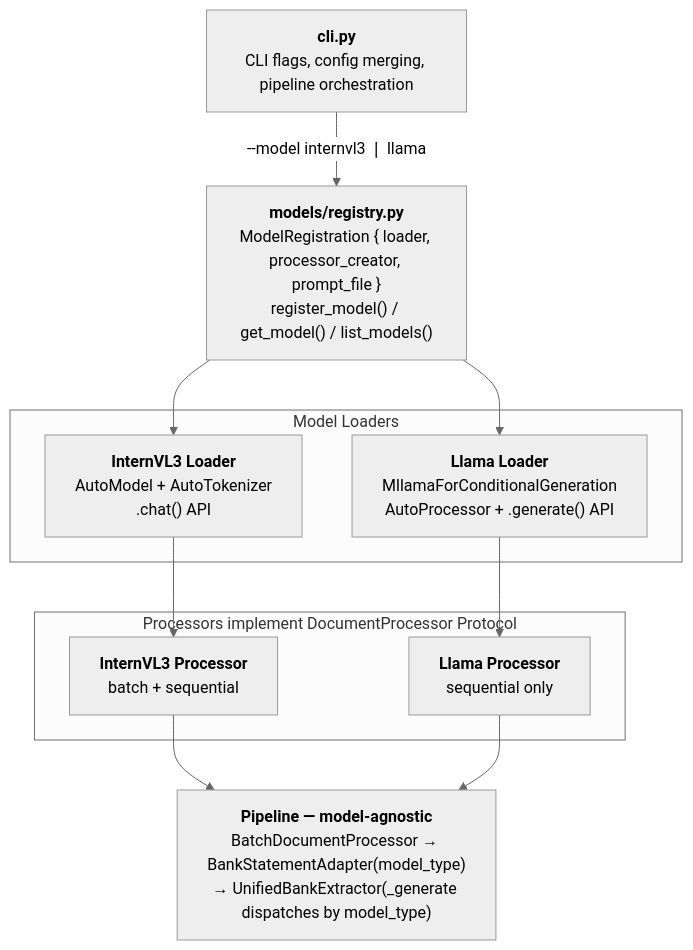
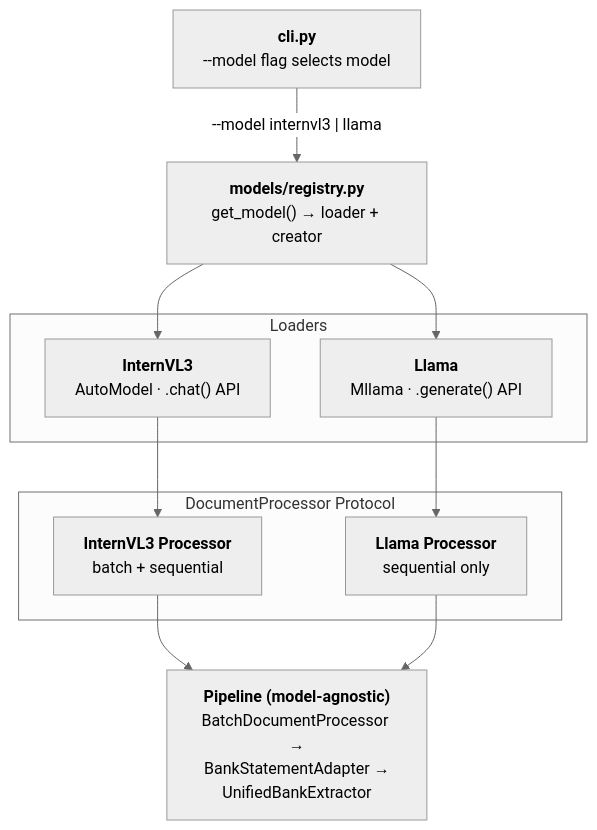
The first of 4 diagrams in README.md (tmnestor/LMM_POC), drawn with Mermaid (neutral theme) before and after one commit. The commit also changed other lines of this file, not shown here.

Commit message:
feat: Update architecture diagrams in README for improved clarity and model loader descriptions

````diff
--- a/README.md
+++ b/README.md
@@ -16,28 +16,28 @@
 ```mermaid
 graph TD
-    CLI["<b>cli.py</b><br/>CLI flags, config merging, pipeline orchestration"]
-    REG["<b>models/registry.py</b><br/>ModelRegistration { loader, processor_creator, prompt_file }<br/>register_model() / get_model() / list_models()"]
+    CLI["<b>cli.py</b><br/>--model flag selects model"]
+    REG["<b>models/registry.py</b><br/>get_model() → loader + creator"]
 
-    CLI -->|"--model internvl3 ❘ llama"| REG
+    CLI -->|"--model internvl3 | llama"| REG
 
-    subgraph Model Loaders
-        IVL_LOAD["<b>InternVL3 Loader</b><br/>AutoModel + AutoTokenizer<br/>.chat() API"]
-        LLAMA_LOAD["<b>Llama Loader</b><br/>MllamaForConditionalGeneration<br/>AutoProcessor + .generate() API"]
+    subgraph Loaders
+        IVL_LOAD["<b>InternVL3</b><br/>AutoModel · .chat() API"]
+        LLAMA_LOAD["<b>Llama</b><br/>Mllama · .generate() API"]
     end
 
     REG --> IVL_LOAD
     REG --> LLAMA_LOAD
 
-    subgraph Processors implement DocumentProcessor Protocol
+    subgraph DocumentProcessor Protocol
         IVL_PROC["<b>InternVL3 Processor</b><br/>batch + sequential"]
         LLAMA_PROC["<b>Llama Processor</b><br/>sequential only"]
     end
 
     IVL_LOAD --> IVL_PROC
     LLAMA_LOAD --> LLAMA_PROC
 
-    PIPELINE["<b>Pipeline — model-agnostic</b><br/>BatchDocumentProcessor → BankStatementAdapter(model_type)<br/>→ UnifiedBankExtractor(_generate dispatches by model_type)"]
+    PIPELINE["<b>Pipeline (model-agnostic)</b><br/>BatchDocumentProcessor →<br/>BankStatementAdapter →<br/>UnifiedBankExtractor"]
 
     IVL_PROC --> PIPELINE
     LLAMA_PROC --> PIPELINE
 ```
````
